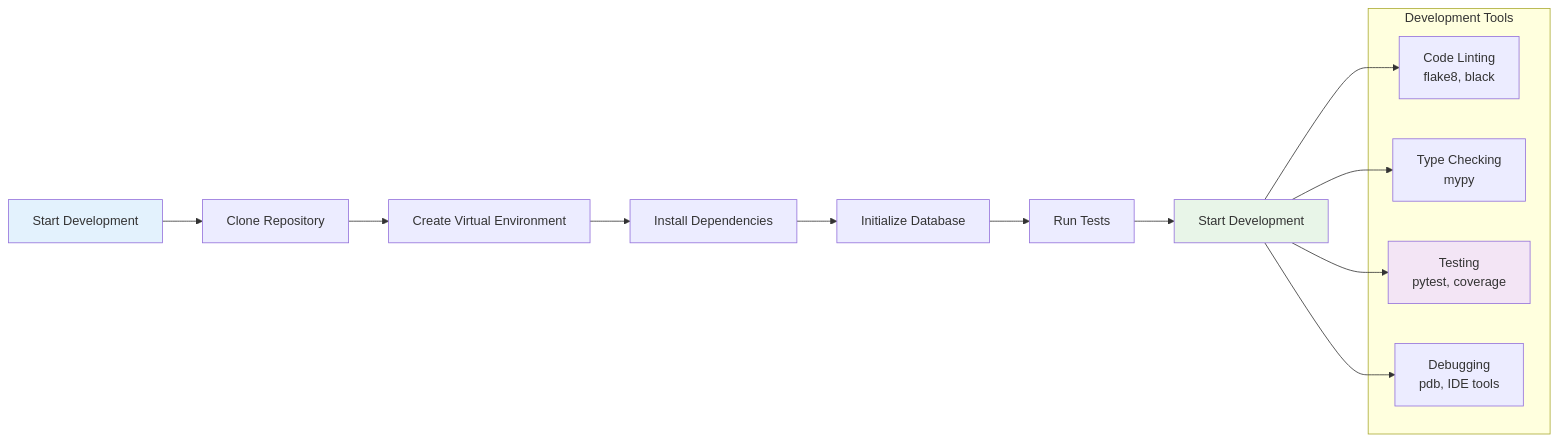
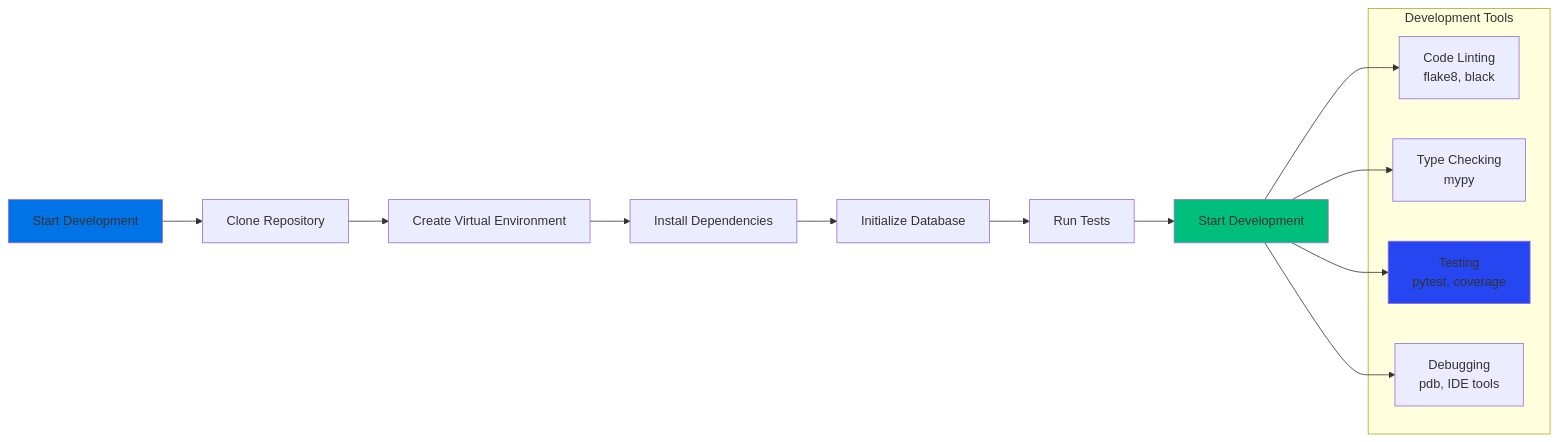
One commit to elementalcollision/GraphMemory-IDE changed diagram 16 of 17 in README.md. Above: the diagram before and after it, drawn with Mermaid. The commit also changed other lines of this file, not shown here.

Commit message:
feat: Apply vibrant color palette to all Mermaid diagrams for improved readability and visual consistency

````diff
--- a/README.md
+++ b/README.md
@@ -1099,25 +1099,25 @@
 ```mermaid
 flowchart LR
     START[Start Development] --> CLONE[Clone Repository]
     CLONE --> VENV[Create Virtual Environment]
     VENV --> DEPS[Install Dependencies]
     DEPS --> DB[Initialize Database]
     DB --> TEST[Run Tests]
     TEST --> DEV[Start Development]
     
     subgraph "Development Tools"
         LINT[Code Linting<br/>flake8, black]
         TYPE[Type Checking<br/>mypy]
         TEST_TOOLS[Testing<br/>pytest, coverage]
         DEBUG[Debugging<br/>pdb, IDE tools]
     end
     
     DEV --> LINT
     DEV --> TYPE
     DEV --> TEST_TOOLS
     DEV --> DEBUG
     
-    style START fill:#e3f2fd
-    style DEV fill:#e8f5e8
-    style TEST_TOOLS fill:#f3e5f5
+    style START fill:#0073e6
+    style DEV fill:#00bf7d
+    style TEST_TOOLS fill:#2546f0
 ```
````
